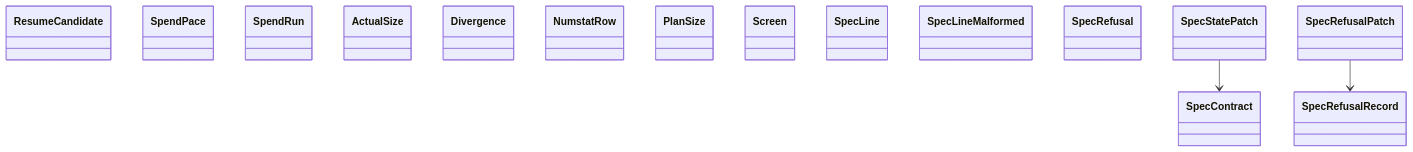
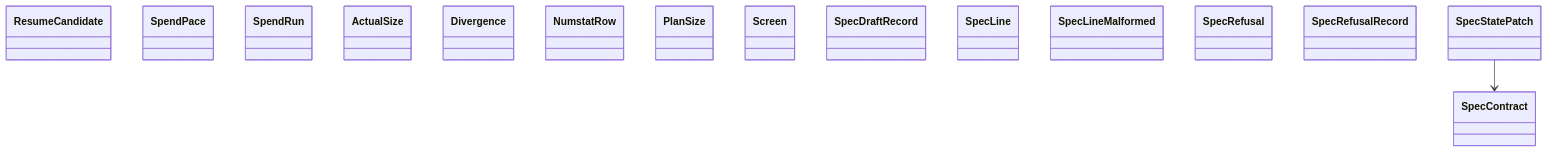
Before and after one commit to GonzaloZevallos/agentic-system: the diagram in docs/architecture/generated/classes-process-domain-state-3.md, drawn with Mermaid. The commit also changed other lines of this file and 9 other files, not shown here.

Commit message:
Register spec_draft in the type-checked files and regenerate the architecture docs

````diff
--- a/docs/architecture/generated/classes-process-domain-state-3.md
+++ b/docs/architecture/generated/classes-process-domain-state-3.md
@@ -30,20 +30,19 @@
 ```mermaid
 classDiagram
     class rules__ResumeCandidate["ResumeCandidate"]
     class rules__SpendPace["SpendPace"]
     class rules__SpendRun["SpendRun"]
     class size_budget__ActualSize["ActualSize"]
     class size_budget__Divergence["Divergence"]
     class size_budget__NumstatRow["NumstatRow"]
     class size_budget__PlanSize["PlanSize"]
     class spec_delivery__Screen["Screen"]
     class spec_delivery__SpecContract["SpecContract"]
+    class spec_delivery__SpecDraftRecord["SpecDraftRecord"]
     class spec_delivery__SpecLine["SpecLine"]
     class spec_delivery__SpecLineMalformed["SpecLineMalformed"]
     class spec_delivery__SpecRefusal["SpecRefusal"]
     class spec_delivery__SpecRefusalRecord["SpecRefusalRecord"]
     class spec_delivery__SpecStatePatch["SpecStatePatch"]
-    class spec_route__SpecRefusalPatch["SpecRefusalPatch"]
     spec_delivery__SpecStatePatch --> spec_delivery__SpecContract
-    spec_route__SpecRefusalPatch --> spec_delivery__SpecRefusalRecord
 ```
````
